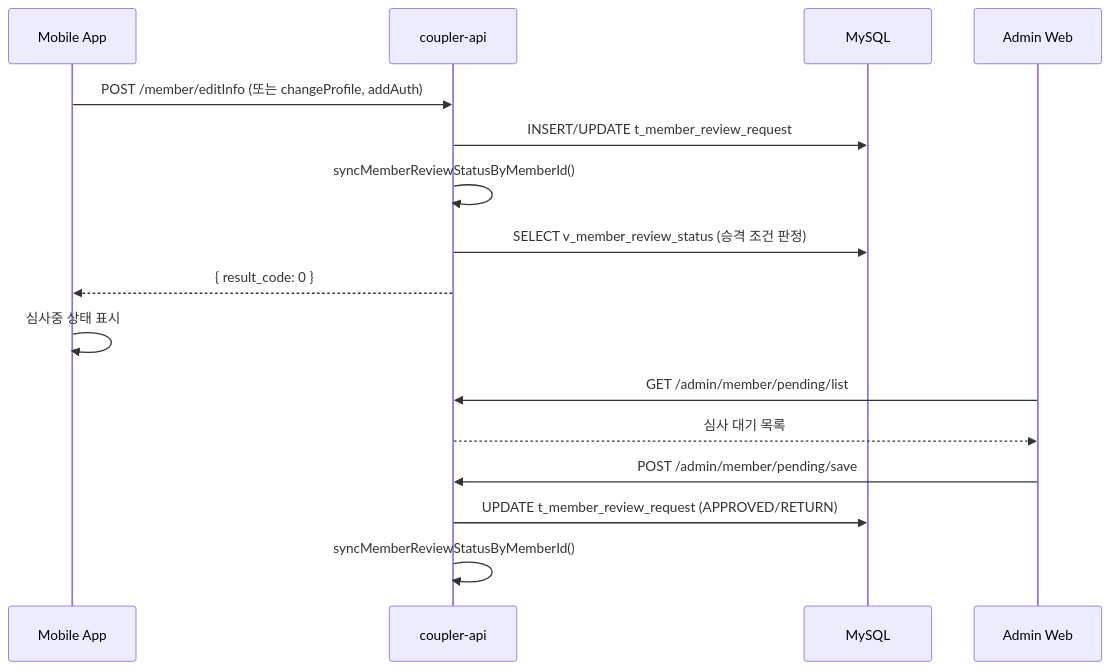
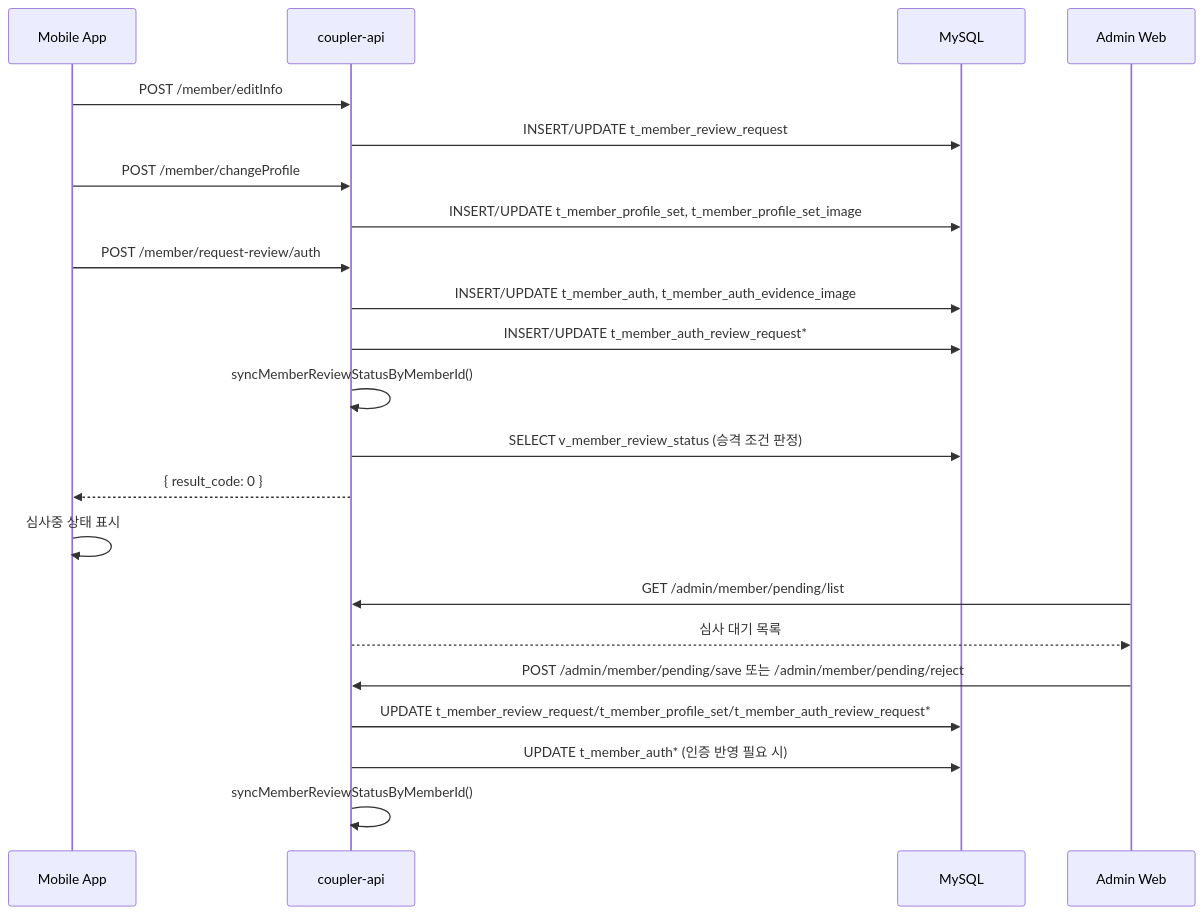
One commit to coupler-developer/docs changed the diagram in content/flows/cross-project/profile-management-flow.md. Above: the diagram before and after it, drawn with Mermaid. The commit also changed other lines of this file and 2 other files, not shown here.

Commit message:
docs: align review policy and profile/signup flows

````diff
--- a/content/flows/cross-project/profile-management-flow.md
+++ b/content/flows/cross-project/profile-management-flow.md
@@ -33,20 +33,26 @@
 ```mermaid
 sequenceDiagram
     participant App as Mobile App
     participant API as coupler-api
     participant DB as MySQL
     participant Admin as Admin Web
 
-    App->>API: POST /member/editInfo (또는 changeProfile, addAuth)
+    App->>API: POST /member/editInfo
     API->>DB: INSERT/UPDATE t_member_review_request
+    App->>API: POST /member/changeProfile
+    API->>DB: INSERT/UPDATE t_member_profile_set, t_member_profile_set_image
+    App->>API: POST /member/request-review/auth
+    API->>DB: INSERT/UPDATE t_member_auth, t_member_auth_evidence_image
+    API->>DB: INSERT/UPDATE t_member_auth_review_request*
     API->>API: syncMemberReviewStatusByMemberId()
     API->>DB: SELECT v_member_review_status (승격 조건 판정)
     API-->>App: { result_code: 0 }
     App->>App: 심사중 상태 표시
 
     Admin->>API: GET /admin/member/pending/list
     API-->>Admin: 심사 대기 목록
-    Admin->>API: POST /admin/member/pending/save
-    API->>DB: UPDATE t_member_review_request (APPROVED/RETURN)
+    Admin->>API: POST /admin/member/pending/save 또는 /admin/member/pending/reject
+    API->>DB: UPDATE t_member_review_request/t_member_profile_set/t_member_auth_review_request*
+    API->>DB: UPDATE t_member_auth* (인증 반영 필요 시)
     API->>API: syncMemberReviewStatusByMemberId()
 ```
````
